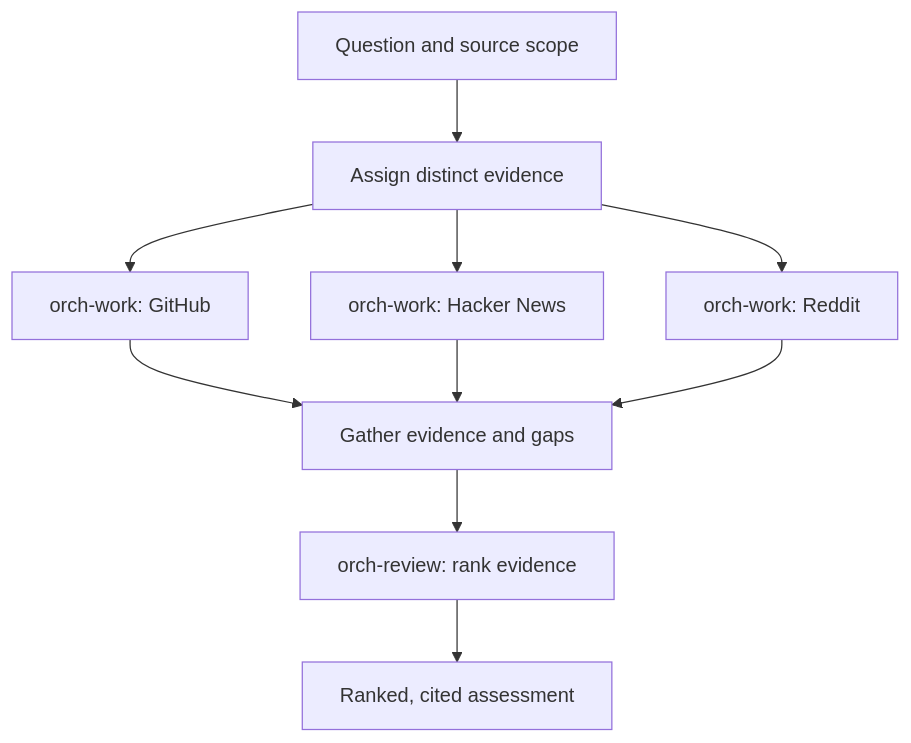
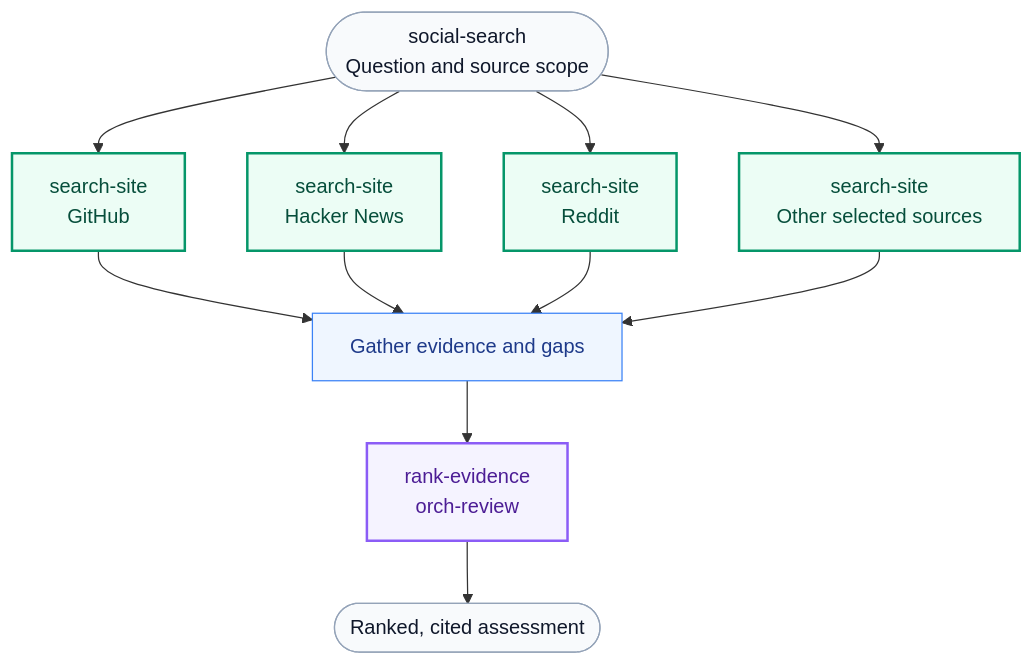
Before and after one commit to DanMcInerney/orchflows: the fourth of 6 diagrams in README.md, drawn with Mermaid. The commit also changed other lines of this file, not shown here.

First line of the commit message:
Document adaptive workflow usage and composable social search

````diff
--- a/README.md
+++ b/README.md
@@ -92,12 +161,21 @@
 ```mermaid
 flowchart TD
-    Q[Question and source scope] --> A[Assign distinct evidence]
-    A --> G["orch-work: GitHub"]
-    A --> H["orch-work: Hacker News"]
-    A --> R["orch-work: Reddit"]
+    Q(["social-search<br/>Question and source scope"]) --> G["search-site<br/>GitHub"]
+    Q --> H["search-site<br/>Hacker News"]
+    Q --> R["search-site<br/>Reddit"]
+    Q --> S["search-site<br/>Other selected sources"]
     G --> E[Gather evidence and gaps]
     H --> E
     R --> E
-    E --> J["orch-review: rank evidence"]
-    J --> O[Ranked, cited assessment]
+    S --> E
+    E --> J["rank-evidence<br/>orch-review"]
+    J --> O([Ranked, cited assessment])
+    classDef work fill:#ecfdf5,stroke:#059669,color:#064e3b,stroke-width:2px;
+    classDef review fill:#f5f3ff,stroke:#8b5cf6,color:#4c1d95,stroke-width:2px;
+    classDef coordinate fill:#eff6ff,stroke:#3b82f6,color:#1e3a8a;
+    classDef result fill:#f8fafc,stroke:#94a3b8,color:#0f172a;
+    class G,H,R,S work;
+    class J review;
+    class E coordinate;
+    class Q,O result;
 ```
````
